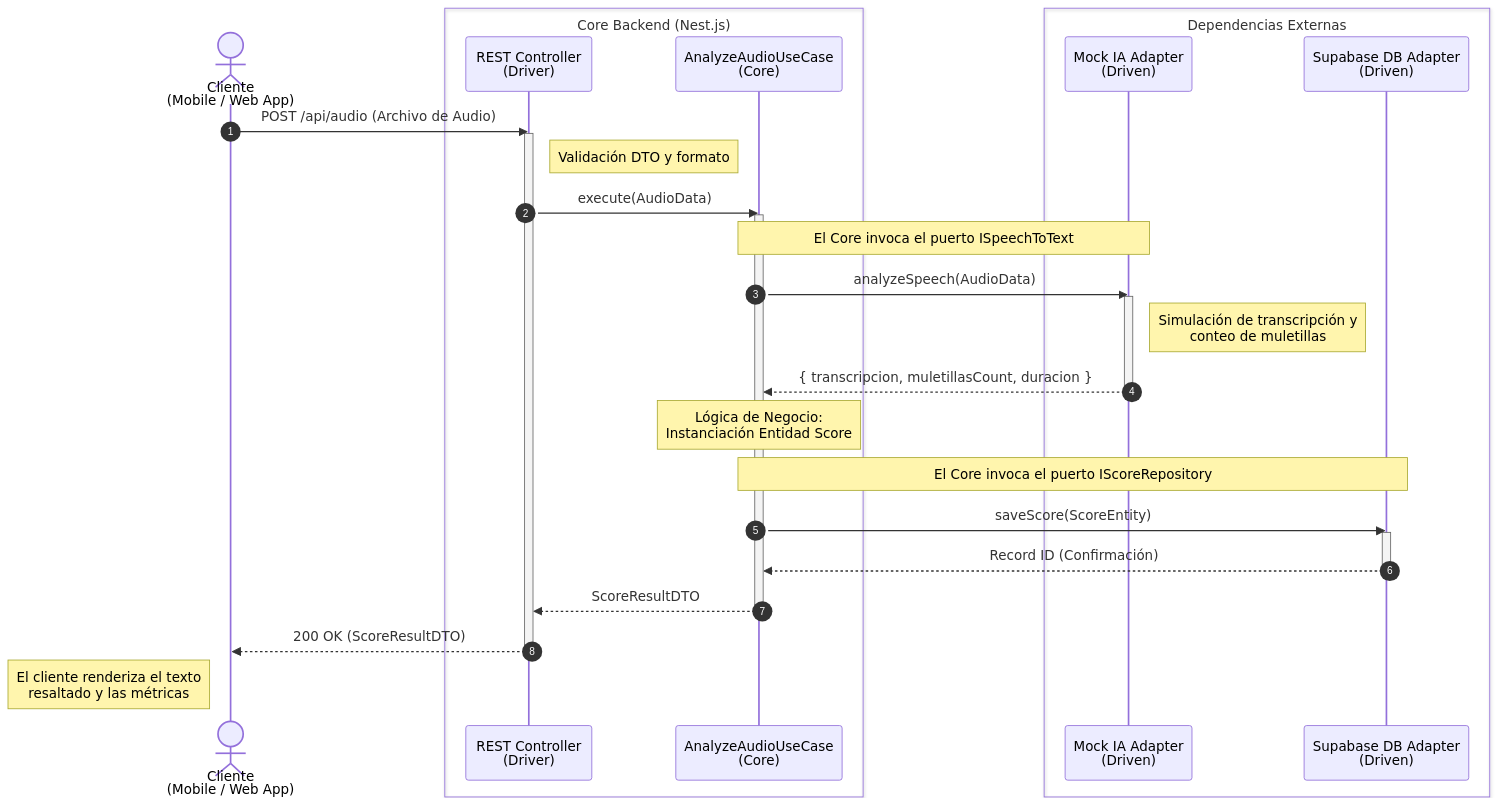
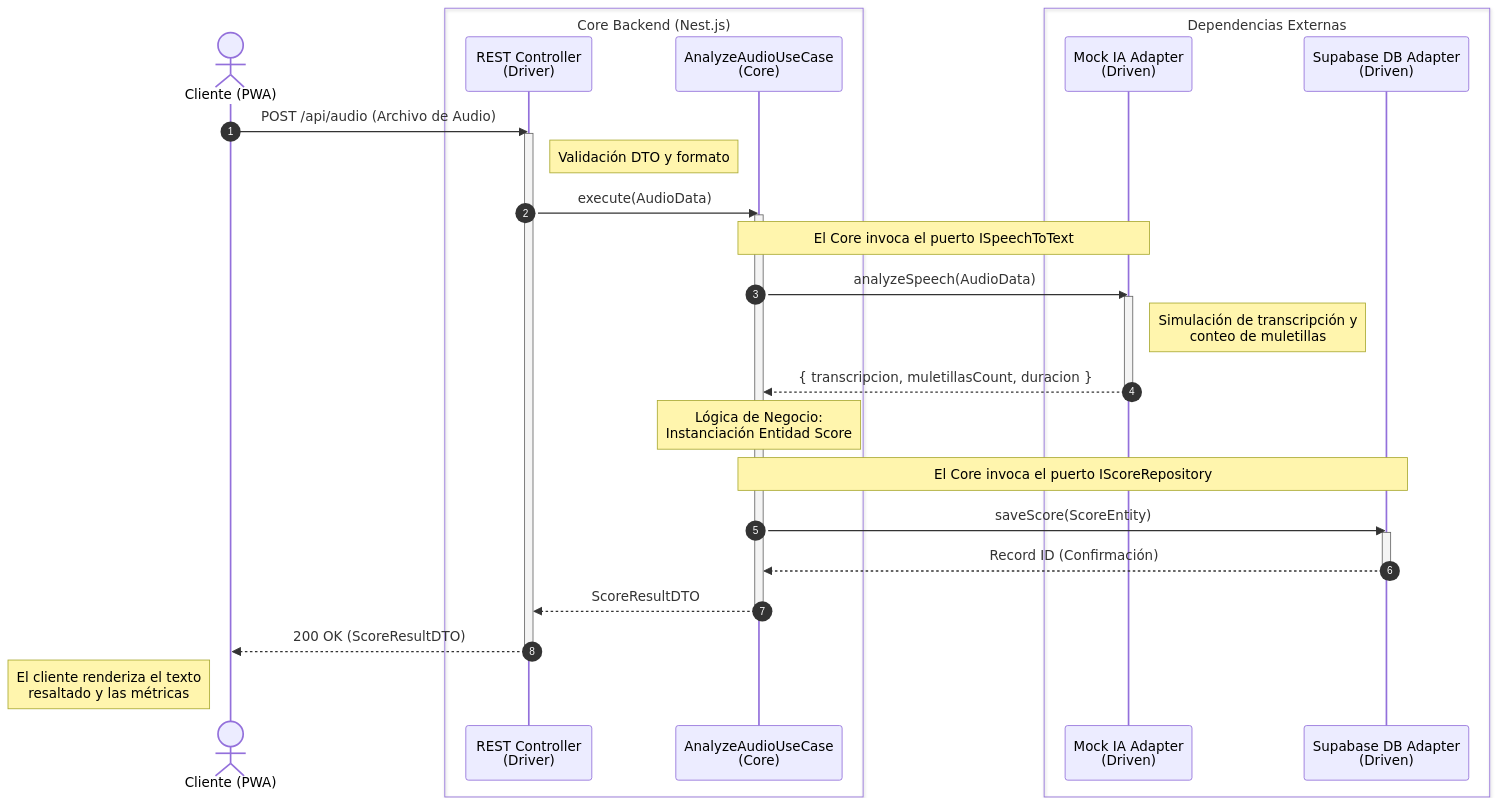
The diagram in docs/docs/arquitectura/secuencia.md (VGMil-dev/cicero), drawn with Mermaid before and after one commit. The commit also changed other lines of this file and 6 other files, not shown here.

Commit message:
docs: pivot architecture to PWA and add root .gitignore

````diff
--- a/docs/docs/arquitectura/secuencia.md
+++ b/docs/docs/arquitectura/secuencia.md
@@ -9,47 +9,47 @@
 ```mermaid
 sequenceDiagram
     autonumber
     
-    actor Client as Cliente<br/>(Mobile / Web App)
+    actor Client as Cliente (PWA)
     
     box Core Backend (Nest.js)
         participant Ctrl as REST Controller<br/>(Driver)
         participant UC as AnalyzeAudioUseCase<br/>(Core)
     end
     
     box Dependencias Externas
         participant IA as Mock IA Adapter<br/>(Driven)
         participant DB as Supabase DB Adapter<br/>(Driven)
     end
 
     Client->>Ctrl: POST /api/audio (Archivo de Audio)
     activate Ctrl
     
     Note right of Ctrl: Validación DTO y formato
     Ctrl->>UC: execute(AudioData)
     activate UC
     
     Note over UC, IA: El Core invoca el puerto ISpeechToText
     UC->>IA: analyzeSpeech(AudioData)
     activate IA
     
     Note right of IA: Simulación de transcripción y<br/>conteo de muletillas
     IA-->>UC: { transcripcion, muletillasCount, duracion }
     deactivate IA
     
     Note over UC: Lógica de Negocio:<br/>Instanciación Entidad Score
     
     Note over UC, DB: El Core invoca el puerto IScoreRepository
     UC->>DB: saveScore(ScoreEntity)
     activate DB
     DB-->>UC: Record ID (Confirmación)
     deactivate DB
     
     UC-->>Ctrl: ScoreResultDTO
     deactivate UC
     
     Ctrl-->>Client: 200 OK (ScoreResultDTO)
     deactivate Ctrl
     
     Note left of Client: El cliente renderiza el texto<br/>resaltado y las métricas
 ```
````
